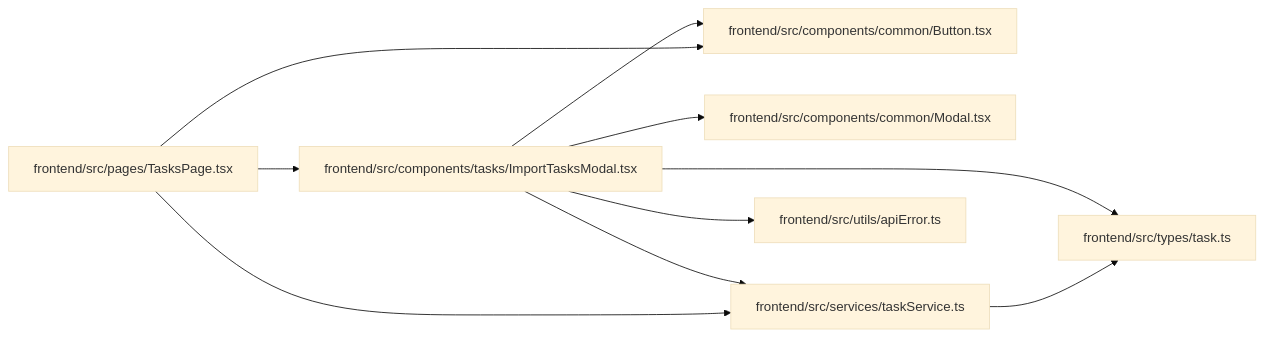
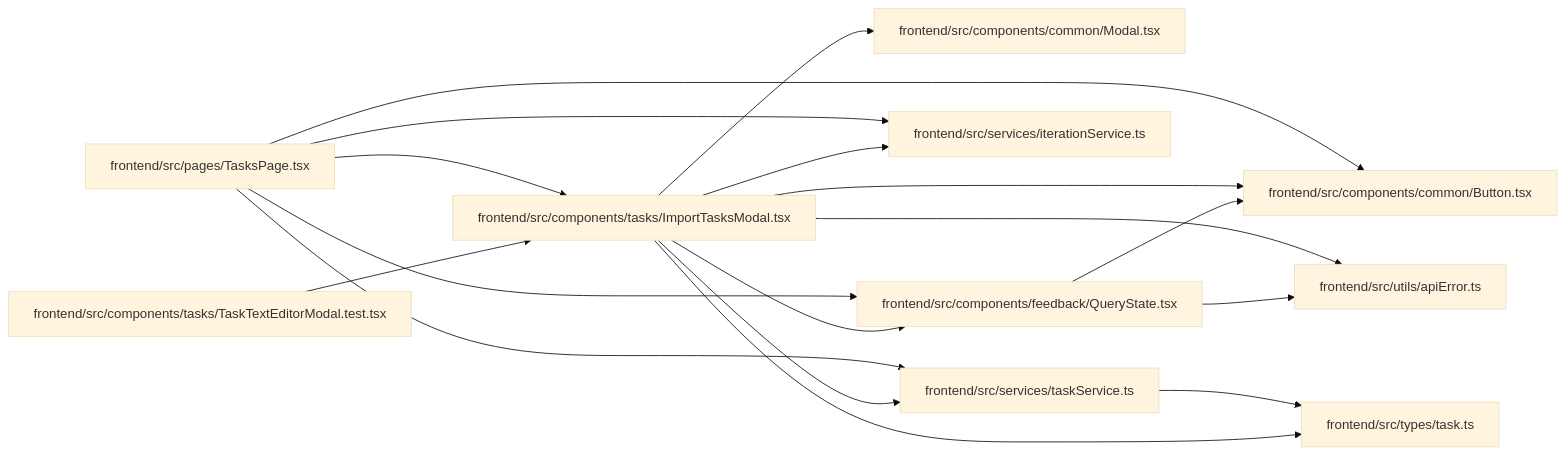
One commit to Denissvgn/WorkChord changed the diagram in docs/llm_wiki/modules/ImportTasksModal.md. Above: the diagram before and after it, drawn with Mermaid (base theme). The commit also changed other lines of this file and 6624 other files, not shown here.

````diff
--- a/docs/llm_wiki/modules/ImportTasksModal.md
+++ b/docs/llm_wiki/modules/ImportTasksModal.md
@@ -33,26 +37,39 @@
 ```mermaid
 flowchart LR
     n0["frontend/src/components/common/Button.tsx"]
     n1["frontend/src/components/common/Modal.tsx"]
-    n2["frontend/src/components/tasks/ImportTasksModal.tsx"]
-    n3["frontend/src/pages/TasksPage.tsx"]
-    n4["frontend/src/services/taskService.ts"]
-    n5["frontend/src/types/task.ts"]
-    n6["frontend/src/utils/apiError.ts"]
+    n2["frontend/src/components/feedback/QueryState.tsx"]
+    n3["frontend/src/components/tasks/ImportTasksModal.tsx"]
+    n4["frontend/src/components/tasks/TaskTextEditorModal.test.tsx"]
+    n5["frontend/src/pages/TasksPage.tsx"]
+    n6["frontend/src/services/iterationService.ts"]
+    n7["frontend/src/services/taskService.ts"]
+    n8["frontend/src/types/task.ts"]
+    n9["frontend/src/utils/apiError.ts"]
     n2 --> n0
-    n2 --> n1
-    n2 --> n4
-    n2 --> n5
-    n2 --> n6
+    n2 --> n9
     n3 --> n0
+    n3 --> n1
     n3 --> n2
-    n3 --> n4
-    n4 --> n5
+    n3 --> n6
+    n3 --> n7
+    n3 --> n8
+    n3 --> n9
+    n4 --> n3
+    n5 --> n0
+    n5 --> n2
+    n5 --> n3
+    n5 --> n6
+    n5 --> n7
+    n7 --> n8
     click n0 "../modules/Button.md"
     click n1 "../modules/Modal.md"
-    click n2 "../modules/ImportTasksModal.md"
-    click n3 "../modules/TasksPage.md"
-    click n4 "../modules/taskService.md"
-    click n5 "../modules/types_task.md"
-    click n6 "../modules/apiError.md"
+    click n2 "../modules/QueryState.md"
+    click n3 "../modules/ImportTasksModal.md"
+    click n4 "../modules/TaskTextEditorModal.test.md"
+    click n5 "../modules/TasksPage.md"
+    click n6 "../modules/iterationService.md"
+    click n7 "../modules/taskService.md"
+    click n8 "../modules/types_task.md"
+    click n9 "../modules/apiError.md"
 ```
````
